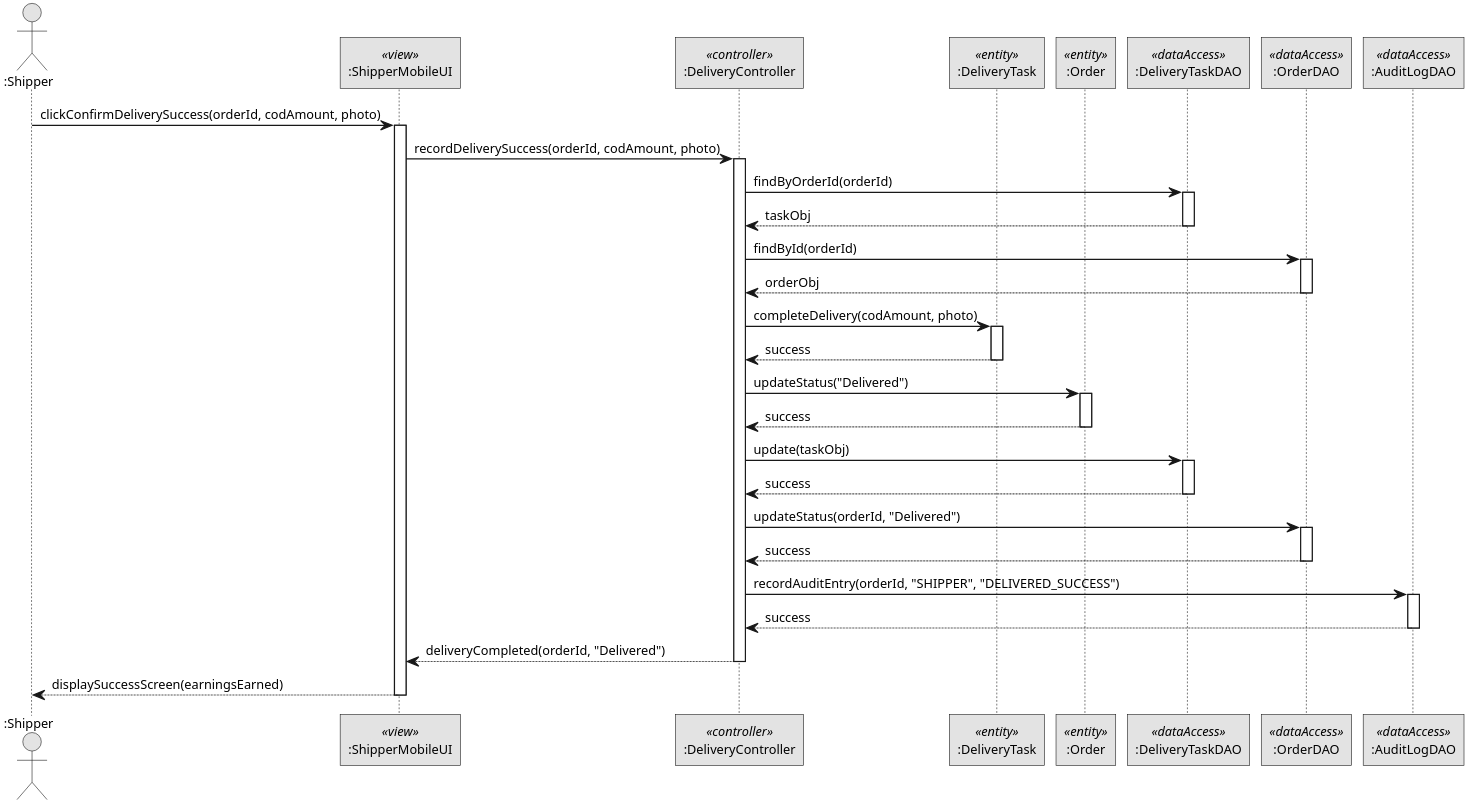
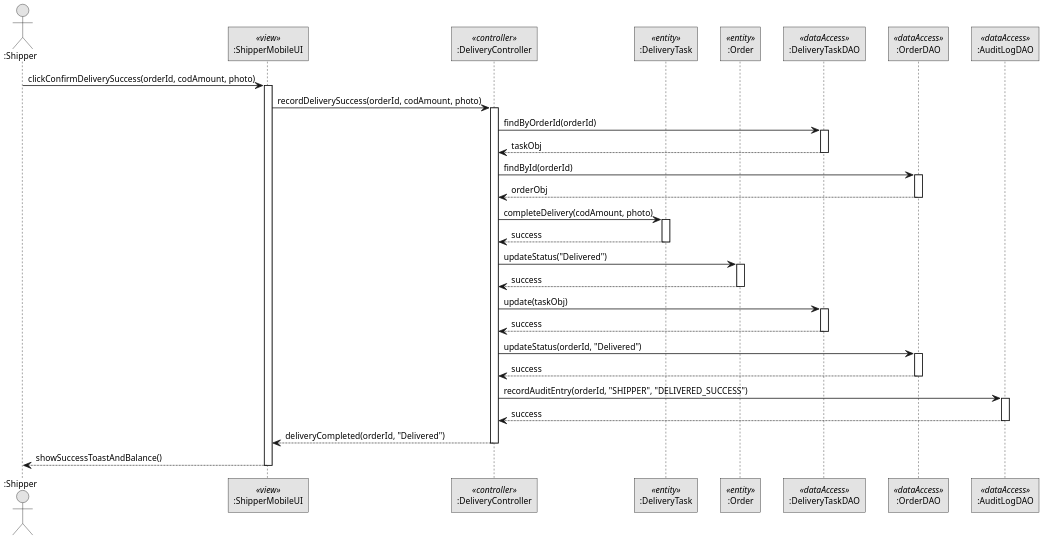
Before and after one commit to DoQuocTrung06/SaigonBite-RAD-TeamF10: the diagram in Part_2/image_Tuu/UC10_3Layer_Sequence_Diagram.puml, drawn with PlantUML. The commit also changed 9 other files, not shown here.

Commit message:
fix(diagrams): fix PlantUML 4096px truncation on DCD/Sequence diagrams and update UC10 presentation (524H0136)

```diff
--- a/Part_2/image_Tuu/UC10_3Layer_Sequence_Diagram.puml
+++ b/Part_2/image_Tuu/UC10_3Layer_Sequence_Diagram.puml
@@ -1,64 +1,67 @@
 @startuml
 skinparam monochrome true
 skinparam shadowing false
 skinparam backgroundColor #FFFFFF
 skinparam defaultFontName Arial
 skinparam defaultFontSize 11
 skinparam roundCorner 0
-skinparam dpi 300
+skinparam dpi 200
+skinparam ParticipantPadding 10
+skinparam BoxPadding 10
 
 actor ":Shipper" as Shipper
 participant ":ShipperMobileUI" as UI <<view>>
 participant ":DeliveryController" as Ctrl <<controller>>
 participant ":DeliveryTask" as Task <<entity>>
 participant ":Order" as Order <<entity>>
 participant ":DeliveryTaskDAO" as TaskDAO <<dataAccess>>
 participant ":OrderDAO" as OrderDAO <<dataAccess>>
 participant ":AuditLogDAO" as AuditDAO <<dataAccess>>
 
 Shipper -> UI: clickConfirmDeliverySuccess(orderId, codAmount, photo)
 activate UI
 UI -> Ctrl: recordDeliverySuccess(orderId, codAmount, photo)
 activate Ctrl
 
 Ctrl -> TaskDAO: findByOrderId(orderId)
 activate TaskDAO
 TaskDAO --> Ctrl: taskObj
 deactivate TaskDAO
 
 Ctrl -> OrderDAO: findById(orderId)
 activate OrderDAO
 OrderDAO --> Ctrl: orderObj
 deactivate OrderDAO
 
 Ctrl -> Task: completeDelivery(codAmount, photo)
 activate Task
 Task --> Ctrl: success
 deactivate Task
 
 Ctrl -> Order: updateStatus("Delivered")
 activate Order
 Order --> Ctrl: success
 deactivate Order
 
 Ctrl -> TaskDAO: update(taskObj)
 activate TaskDAO
 TaskDAO --> Ctrl: success
 deactivate TaskDAO
 
 Ctrl -> OrderDAO: updateStatus(orderId, "Delivered")
 activate OrderDAO
 OrderDAO --> Ctrl: success
 deactivate OrderDAO
 
 Ctrl -> AuditDAO: recordAuditEntry(orderId, "SHIPPER", "DELIVERED_SUCCESS")
 activate AuditDAO
 AuditDAO --> Ctrl: success
 deactivate AuditDAO
 
 Ctrl --> UI: deliveryCompleted(orderId, "Delivered")
 deactivate Ctrl
-UI --> Shipper: displaySuccessScreen(earningsEarned)
+
+UI --> Shipper: showSuccessToastAndBalance()
 deactivate UI
 
 @enduml
```
